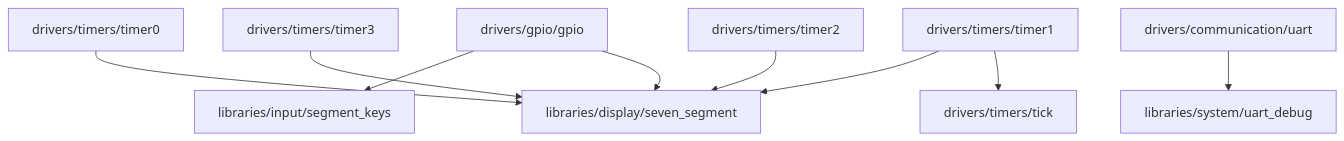
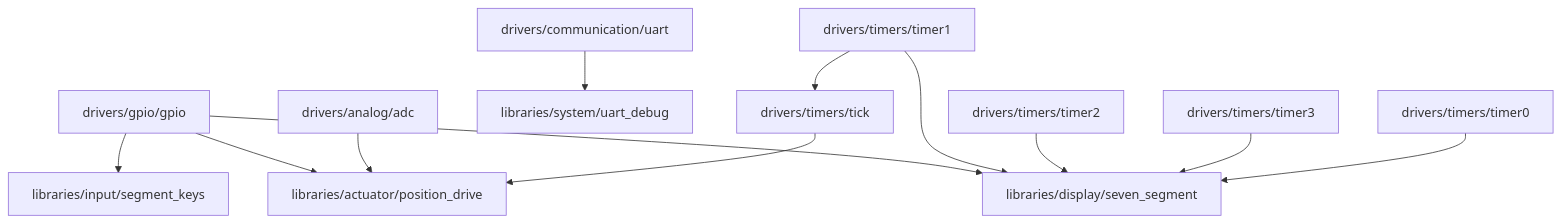
Before and after one commit to anatoliWeb/pic-platform: the third of 7 diagrams in docs/architecture/dependency-graph.ua.md, drawn with Mermaid. The commit also changed other lines of this file and 13 other files, not shown here.

First line of the commit message:
docs(position-drive): document actuator control workflow

````diff
--- a/docs/architecture/dependency-graph.ua.md
+++ b/docs/architecture/dependency-graph.ua.md
@@ -40,11 +41,14 @@
 ```mermaid
 flowchart TD
     GPIO[drivers/gpio/gpio] --> SEG[libraries/display/seven_segment]
     GPIO --> KEYS[libraries/input/segment_keys]
+    GPIO --> PDRV[libraries/actuator/position_drive]
+    ADC[drivers/analog/adc] --> PDRV
     UART[drivers/communication/uart] --> UARTDBG[libraries/system/uart_debug]
     T1[drivers/timers/timer1] --> TICK[drivers/timers/tick]
     T1 --> SEG
     T2[drivers/timers/timer2] --> SEG
     T3[drivers/timers/timer3] --> SEG
     T0[drivers/timers/timer0] --> SEG
+    TICK --> PDRV
 ```
````
